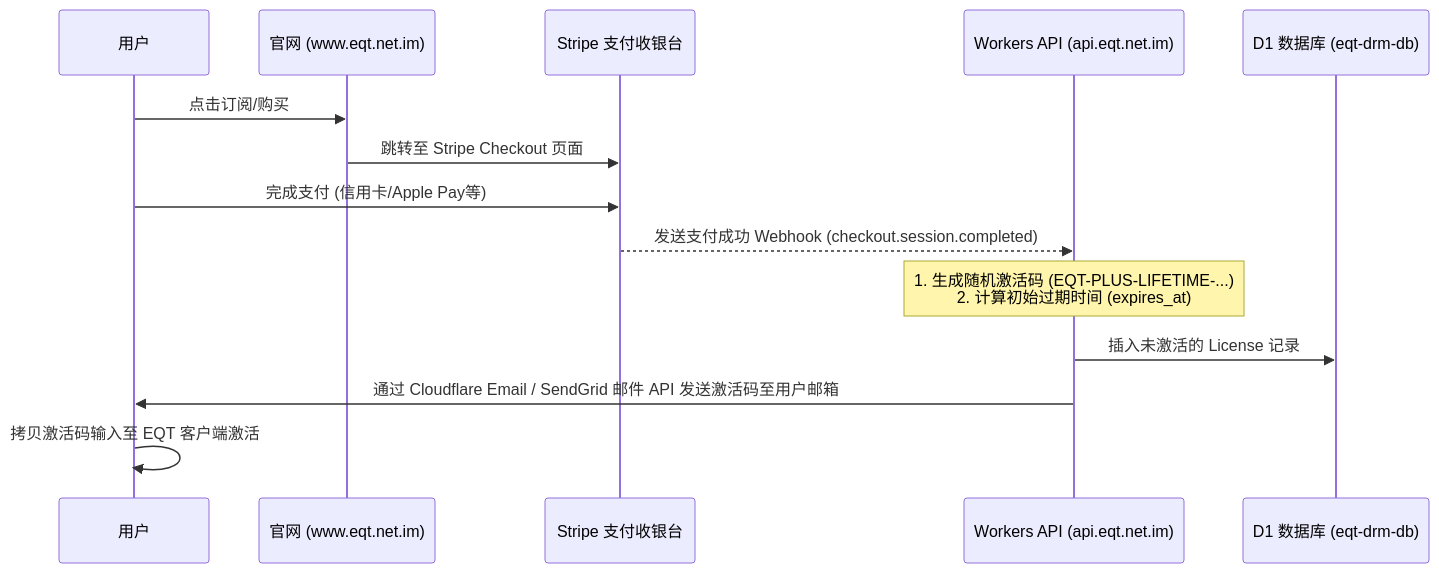
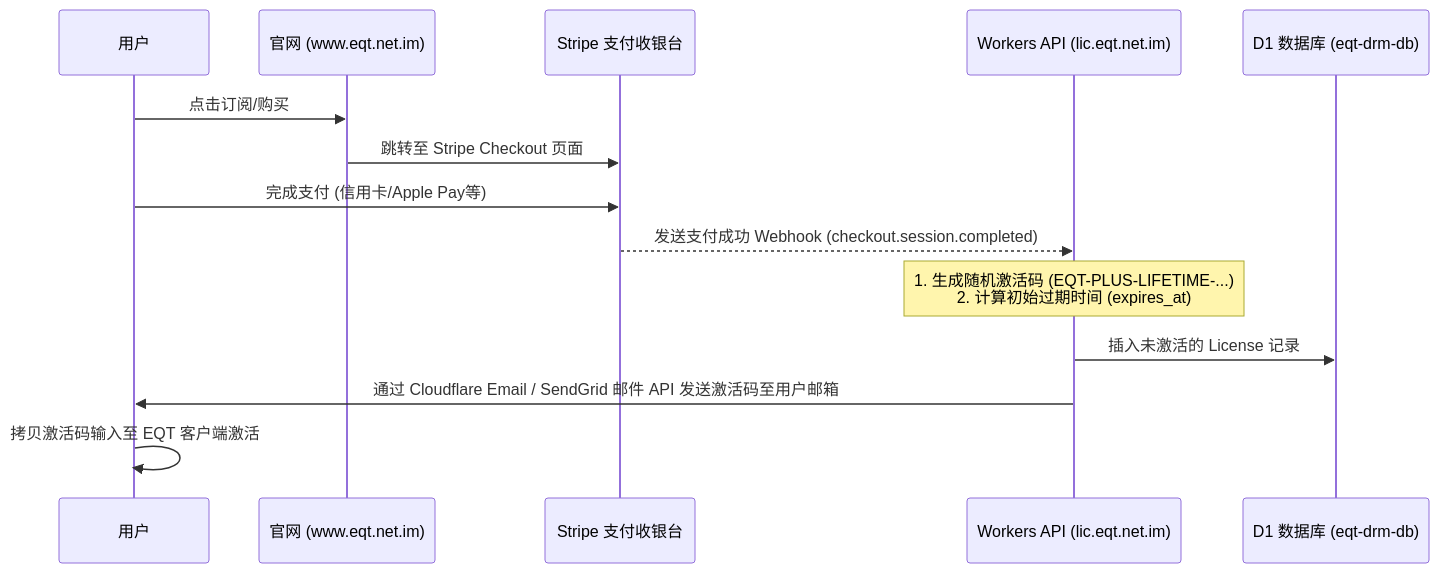
The diagram in docs/dns-and-payment-setup.md (forpersuit/eqrcp), drawn with Mermaid before and after one commit. The commit also changed other lines of this file and 2 other files, not shown here.

Commit message:
Update default license server to lic.eqt.net.im

````diff
--- a/docs/dns-and-payment-setup.md
+++ b/docs/dns-and-payment-setup.md
@@ -66,17 +66,17 @@
 ```mermaid
 sequenceDiagram
     participant 用户
     participant 官网 (www.eqt.net.im)
     participant Stripe 支付收银台
-    participant Workers API (api.eqt.net.im)
+    participant Workers API (lic.eqt.net.im)
     participant D1 数据库 (eqt-drm-db)
 
     用户->>官网 (www.eqt.net.im): 点击订阅/购买
     官网 (www.eqt.net.im)->>Stripe 支付收银台: 跳转至 Stripe Checkout 页面
     用户->>Stripe 支付收银台: 完成支付 (信用卡/Apple Pay等)
-    Stripe 支付收银台-->>Workers API (api.eqt.net.im): 发送支付成功 Webhook (checkout.session.completed)
-    Note over Workers API (api.eqt.net.im): 1. 生成随机激活码 (EQT-PLUS-LIFETIME-...)<br/>2. 计算初始过期时间 (expires_at)
-    Workers API (api.eqt.net.im)->>D1 数据库 (eqt-drm-db): 插入未激活的 License 记录
-    Workers API (api.eqt.net.im)->>用户: 通过 Cloudflare Email / SendGrid 邮件 API 发送激活码至用户邮箱
+    Stripe 支付收银台-->>Workers API (lic.eqt.net.im): 发送支付成功 Webhook (checkout.session.completed)
+    Note over Workers API (lic.eqt.net.im): 1. 生成随机激活码 (EQT-PLUS-LIFETIME-...)<br/>2. 计算初始过期时间 (expires_at)
+    Workers API (lic.eqt.net.im)->>D1 数据库 (eqt-drm-db): 插入未激活的 License 记录
+    Workers API (lic.eqt.net.im)->>用户: 通过 Cloudflare Email / SendGrid 邮件 API 发送激活码至用户邮箱
     用户->>用户: 拷贝激活码输入至 EQT 客户端激活
 ```
````
